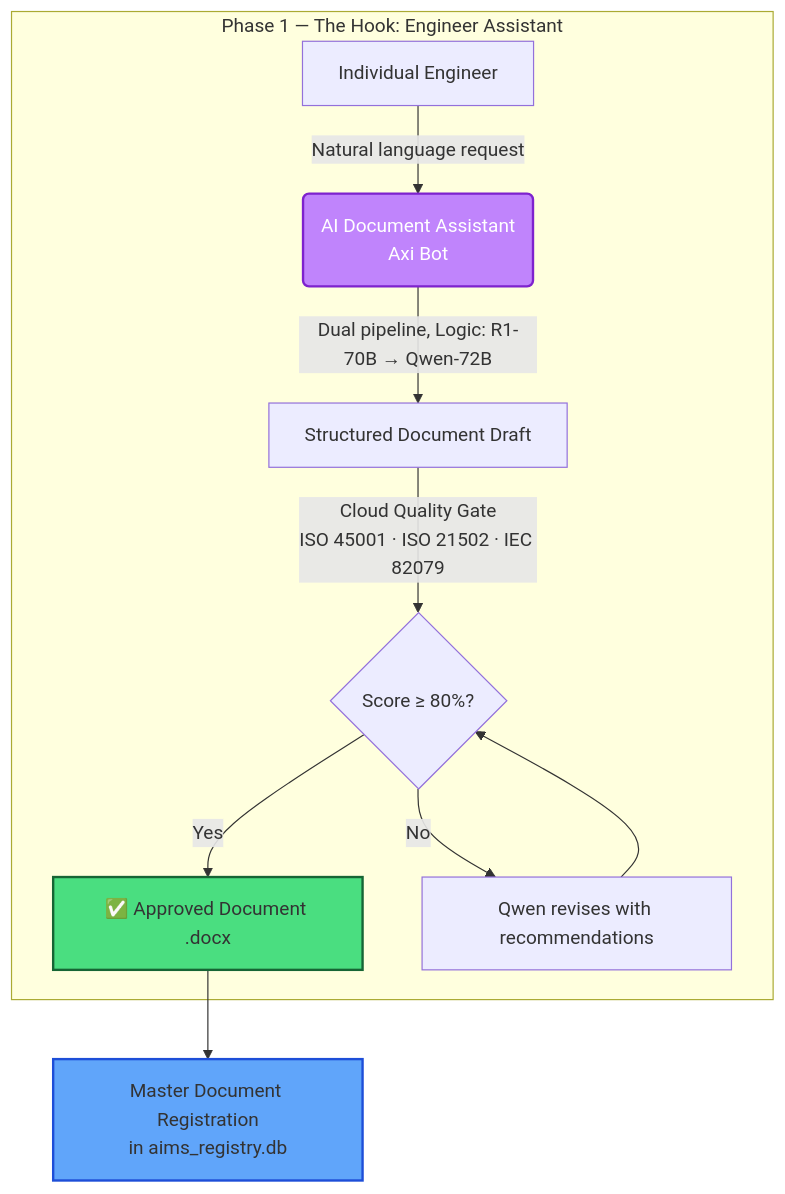
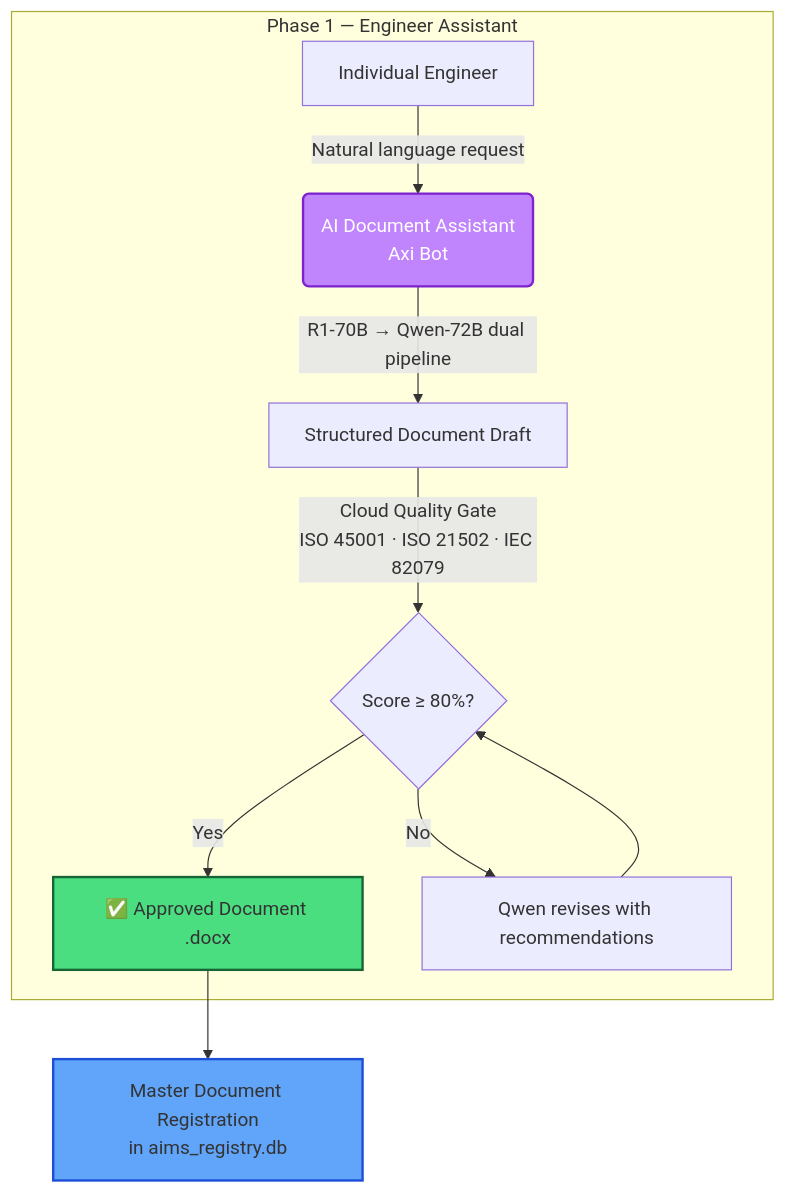
Before and after one commit to AxiOMSphereAssistanceAIMS/AxiOMSphere: the eighth of 12 diagrams in README.md, drawn with Mermaid. The commit also changed other lines of this file, not shown here.

First line of the commit message:
README: business-first restructure, API credits section, merged diagrams

````diff
--- a/README.md
+++ b/README.md
@@ -401,16 +481,16 @@
 ```mermaid
 graph TD
-    subgraph "Phase 1 — The Hook: Engineer Assistant"
+    subgraph "Phase 1 — Engineer Assistant"
         A[Individual Engineer] -->|Natural language request| B("AI Document Assistant\nAxi Bot")
-        B -->|"Dual pipeline, Logic: R1-70B → Qwen-72B"| C[Structured Document Draft]
+        B -->|"R1-70B → Qwen-72B dual pipeline"| C[Structured Document Draft]
         C -->|"Cloud Quality Gate\nISO 45001 · ISO 21502 · IEC 82079"| D{"Score ≥ 80%?"}
         D -->|Yes| E["✅ Approved Document .docx"]
         D -->|No| F[Qwen revises with recommendations]
         F --> D
     end
     E --> L["Master Document Registration\nin aims_registry.db"]
 
     style B fill:#c084fc,stroke:#7e22ce,stroke-width:2px,color:#fff
     style E fill:#4ade80,stroke:#166534,stroke-width:2px
     style L fill:#60a5fa,stroke:#1d4ed8,stroke-width:2px
 ```
````
